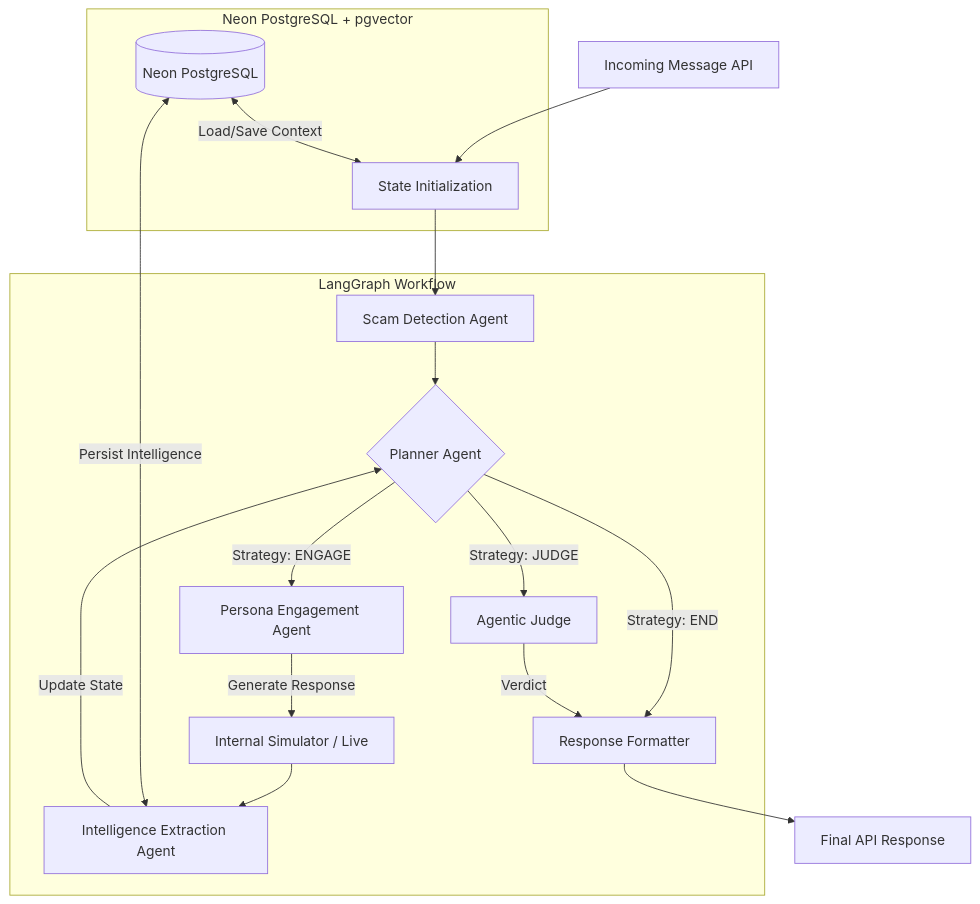
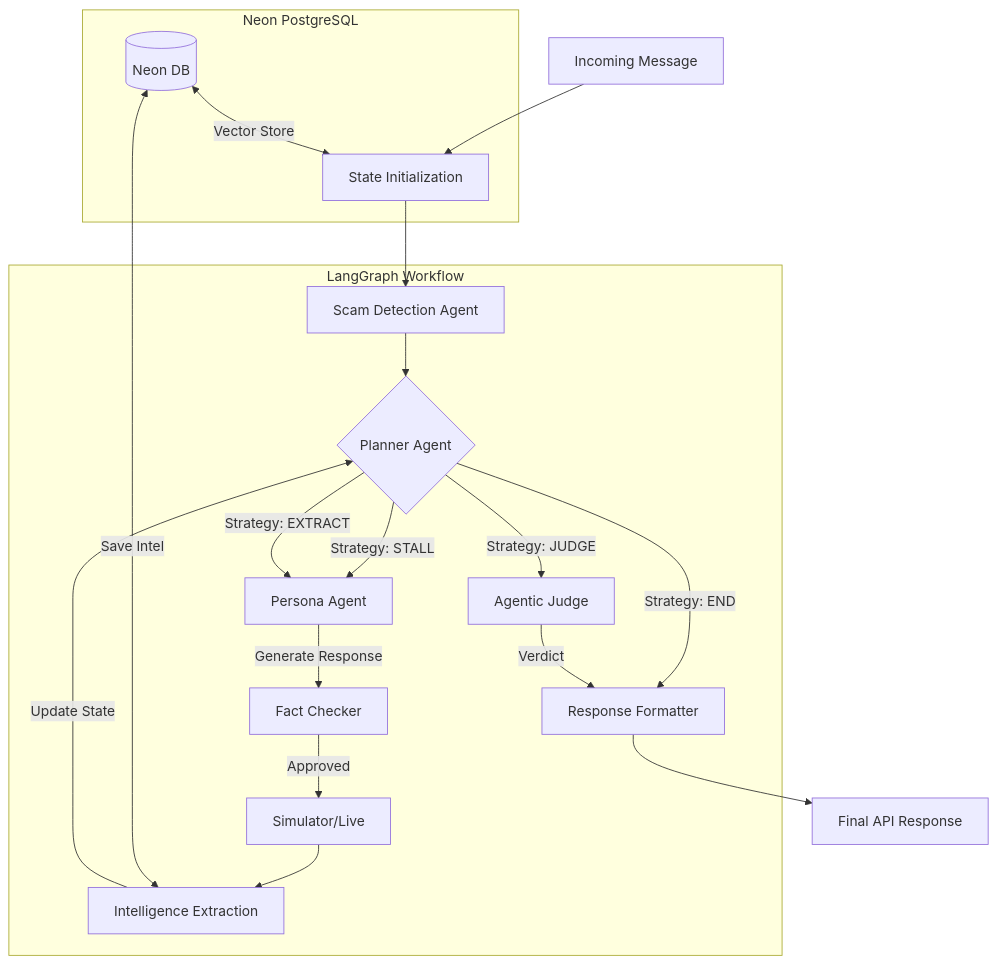
One commit to hypnoastic/agentic-honey-pot-zep changed the diagram in README.md. Above: the diagram before and after it, drawn with Mermaid. The commit also changed other lines of this file, not shown here.

Commit message:
docs: update README with Gemini 2.5 Flash and new architecture details

````diff
--- a/README.md
+++ b/README.md
@@ -13,26 +18,29 @@
 ```mermaid
 graph TD
-    UserRequest[Incoming Message API] --> StateInit[State Initialization]
+    UserRequest[Incoming Message] --> StateInit[State Initialization]
     StateInit --> Detection[Scam Detection Agent]
 
     subgraph Agentic Orchestration [LangGraph Workflow]
         Detection --> Planner{Planner Agent}
 
-        Planner -->|Strategy: ENGAGE| Persona[Persona Engagement Agent]
+        Planner -->|Strategy: STALL| Persona[Persona Agent]
+        Planner -->|Strategy: EXTRACT| Persona
         Planner -->|Strategy: JUDGE| Judge[Agentic Judge]
         Planner -->|Strategy: END| Formatter[Response Formatter]
 
-        Persona -->|Generate Response| Simulator[Internal Simulator / Live]
-        Simulator --> Extractor[Intelligence Extraction Agent]
+        Persona -->|Generate Response| FactCheck[Fact Checker]
+        FactCheck -->|Approved| Simulator[Simulator/Live]
+
+        Simulator --> Extractor[Intelligence Extraction]
         Extractor -->|Update State| Planner
 
         Judge -->|Verdict| Formatter
     end
 
     Formatter --> Response[Final API Response]
 
-    subgraph Persistent Memory [Neon PostgreSQL + pgvector]
-        Postgres[(Neon PostgreSQL)] <-->|Load/Save Context| StateInit
-        Postgres <-->|Persist Intelligence| Extractor
+    subgraph Persistent Memory [Neon PostgreSQL]
+        Postgres[(Neon DB)] <-->|Vector Store| StateInit
+        Postgres <-->|Save Intel| Extractor
     end
 ```
````
